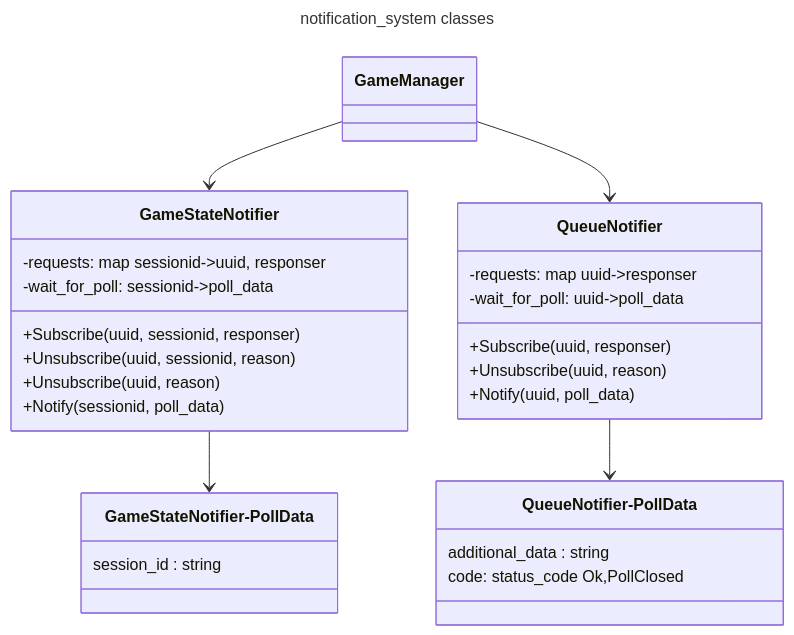
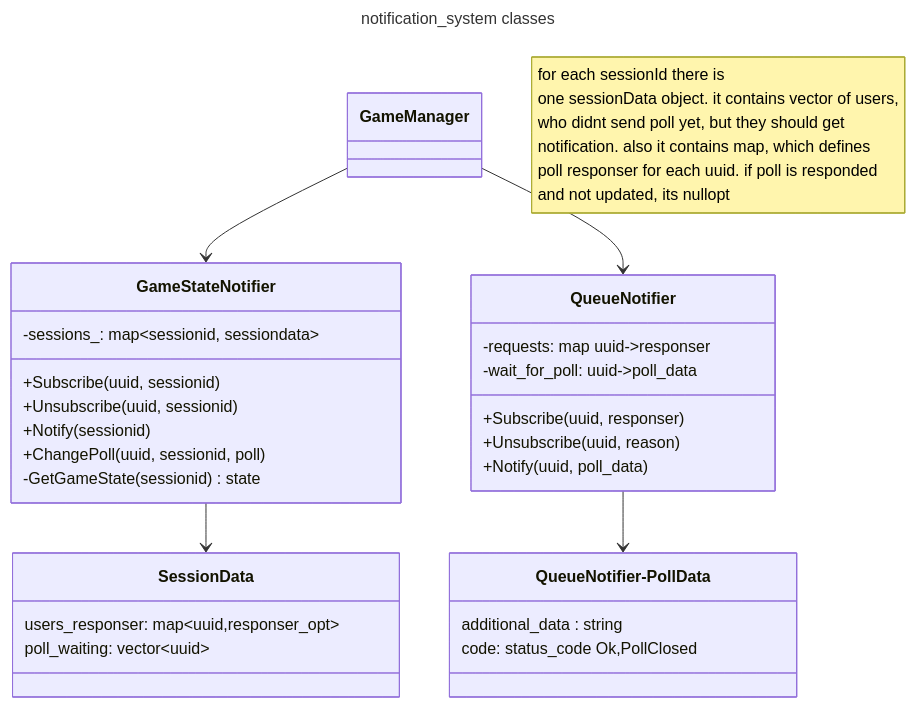
Before and after one commit to LeeDoor/game_webserver: the third of 3 diagrams in docs/notification_system.md, drawn with Mermaid. The commit also changed other lines of this file and 13 other files, not shown here.

Commit message:
session state notifier

````diff
--- a/docs/notification_system.md
+++ b/docs/notification_system.md
@@ -46,38 +46,45 @@
 ```mermaid
 ---
 title: notification_system classes
 ---
 classDiagram
 	class QueueNotifier-PollData{
 		additional_data : string
 		code: status_code Ok,PollClosed
 	}
 	class QueueNotifier{
 		+Subscribe(uuid, responser)
 		+Unsubscribe(uuid, reason)
 		+Notify(uuid, poll_data)
 
 		-requests: map uuid->responser
 		-wait_for_poll: uuid->poll_data
 	}
 	QueueNotifier--> QueueNotifier-PollData
 	
-	class GameStateNotifier-PollData{
-		session_id : string
+	class GameStateNotifier{
+		+Subscribe(uuid, sessionid)
+		+Unsubscribe(uuid, sessionid)
+		+Notify(sessionid)
+		+ChangePoll(uuid, sessionid, poll)
+		
+		-GetGameState(sessionid) state
+		-sessions_: map~sessionid, sessiondata~
 	}
-	class GameStateNotifier{
-		+Subscribe(uuid, sessionid, responser)
-		+Unsubscribe(uuid, sessionid, reason)
-		+Unsubscribe(uuid, reason)
-		+Notify(sessionid, poll_data)
-
-		-requests: map sessionid->uuid, responser
-		-wait_for_poll: sessionid->poll_data
+	note for SesssionData "for each sessionId there is 
+	one sessionData object. it contains vector of users,
+	 who didnt send poll yet, but they should get 
+	 notification. also it contains map, which defines 
+	 poll responser for each uuid. if poll is responded 
+	 and not updated, its nullopt"
+	class SessionData{
+		users_responser: map~uuid,responser_opt~
+		poll_waiting: vector~uuid~
 	}
-	GameStateNotifier--> GameStateNotifier-PollData
-
+	GameStateNotifier-->SessionData
+	
 	class GameManager{
 	}
 	GameManager-->GameStateNotifier
 	GameManager-->QueueNotifier
 ```
````
